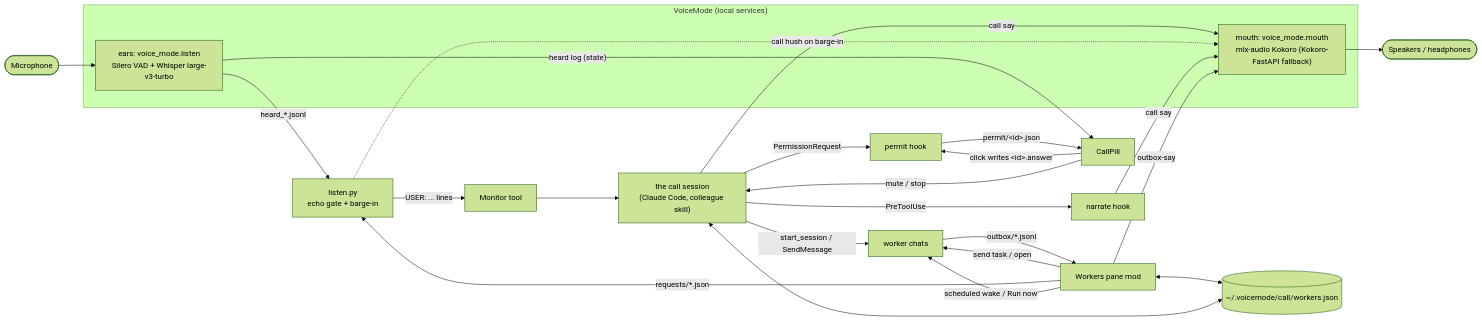
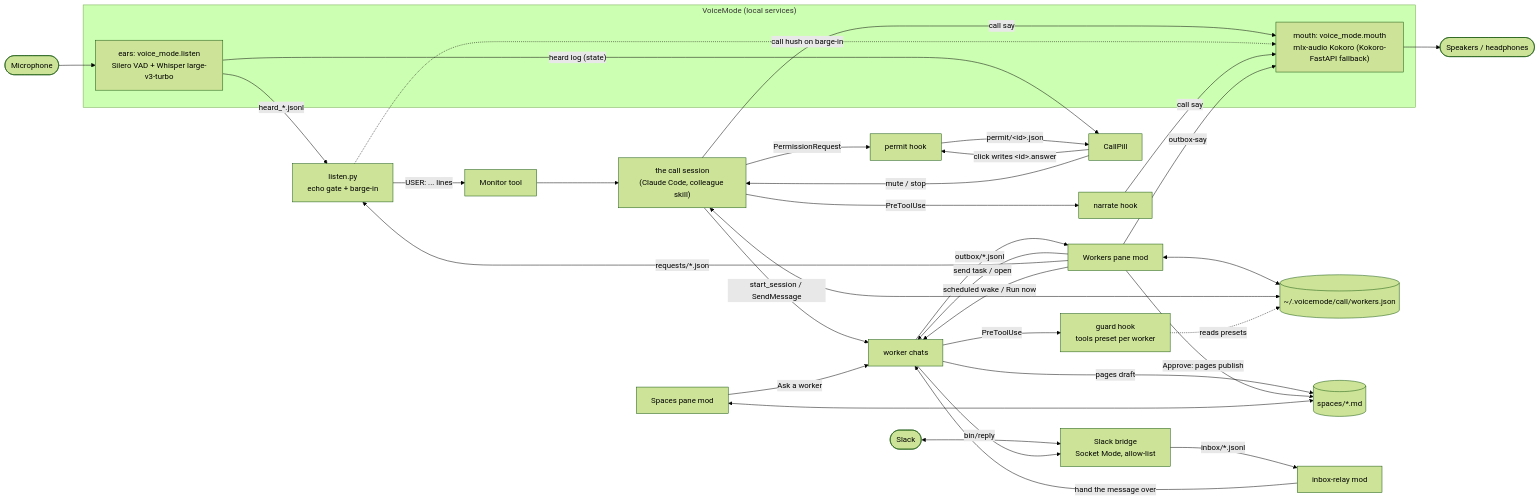
Before and after one commit to AKamaly/CludeGods: the diagram in README.md, drawn with Mermaid (forest theme). The commit also changed other lines of this file and 1 other file, not shown here.

Commit message:
README: v0.2 features (make them yours, Spaces, worker calls, Slack, tool presets)

````diff
--- a/README.md
+++ b/README.md
@@ -289,34 +352,46 @@
 ```mermaid
 flowchart LR
   mic([Microphone]) --> ears
 
   subgraph VoiceMode["VoiceMode (local services)"]
     ears["ears: voice_mode.listen<br/>Silero VAD + Whisper large-v3-turbo"]
     mouth["mouth: voice_mode.mouth<br/>mlx-audio Kokoro (Kokoro-FastAPI fallback)"]
   end
 
   ears -- "heard_*.jsonl" --> listen["listen.py<br/>echo gate + barge-in"]
   listen -- "USER: ... lines" --> monitor["Monitor tool"]
   monitor --> session["the call session<br/>(Claude Code, colleague skill)"]
   session -- "call say" --> mouth
   mouth --> spk([Speakers / headphones])
   listen -. "call hush on barge-in" .-> mouth
 
   session -- "PreToolUse" --> narrate["narrate hook"]
   narrate -- "call say" --> mouth
 
   session -- "PermissionRequest" --> permit["permit hook"]
   permit -- "permit/&lt;id&gt;.json" --> pill["CallPill"]
   pill -- "click writes &lt;id&gt;.answer" --> permit
   ears -- "heard log (state)" --> pill
   pill -- "mute / stop" --> session
 
   pane["Workers pane mod"] <--> reg[("~/.voicemode/call/workers.json")]
   session <--> reg
   pane -- "send task / open" --> workers["worker chats"]
   pane -- "requests/*.json" --> listen
   session -- "start_session / SendMessage" --> workers
   pane -- "scheduled wake / Run now" --> workers
   workers -- "outbox/*.jsonl" --> pane
   pane -- "outbox-say" --> mouth
+
+  workers -- "PreToolUse" --> guard["guard hook<br/>tools preset per worker"]
+  guard -. "reads presets" .-> reg
+  workers -- "pages draft" --> store[("spaces/*.md")]
+  pane -- "Approve: pages publish" --> store
+  spacespane["Spaces pane mod"] <--> store
+  spacespane -- "Ask a worker" --> workers
+
+  slack([Slack]) <--> bridge["Slack bridge<br/>Socket Mode, allow-list"]
+  bridge -- "inbox/*.jsonl" --> relay["inbox-relay mod"]
+  relay -- "hand the message over" --> workers
+  workers -- "bin/reply" --> bridge
 ```
````
